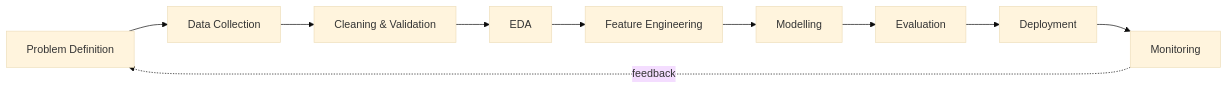
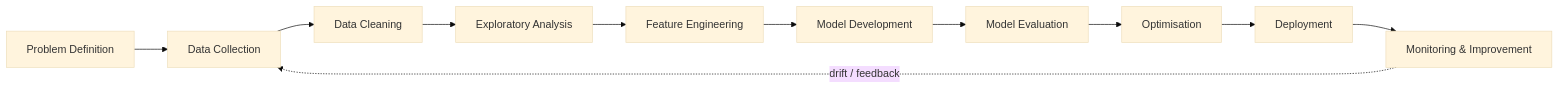
One commit to Satyamprajapati2004/Satyamprajapati2004 changed the second of 3 diagrams in README.md. Above: the diagram before and after it, drawn with Mermaid (base theme). The commit also changed other lines of this file, not shown here.

````diff
--- a/README.md
+++ b/README.md
@@ -79,12 +362,13 @@
 ```mermaid
 flowchart LR
     A[Problem Definition] --> B[Data Collection]
-    B --> C[Cleaning & Validation]
-    C --> D[EDA]
+    B --> C[Data Cleaning]
+    C --> D[Exploratory Analysis]
     D --> E[Feature Engineering]
-    E --> F[Modelling]
-    F --> G[Evaluation]
-    G --> H[Deployment]
-    H --> I[Monitoring]
-    I -.feedback.-> A
+    E --> F[Model Development]
+    F --> G[Model Evaluation]
+    G --> H[Optimisation]
+    H --> I[Deployment]
+    I --> J[Monitoring & Improvement]
+    J -.drift / feedback.-> B
 ```
````
